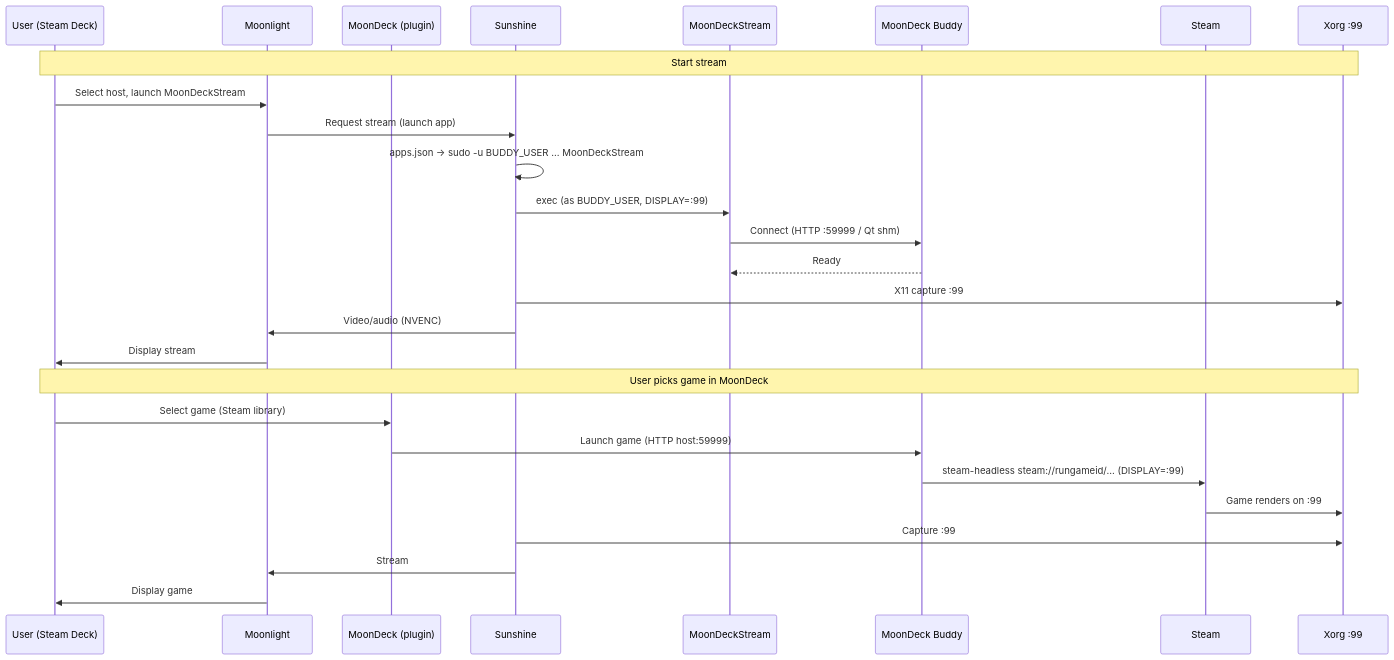
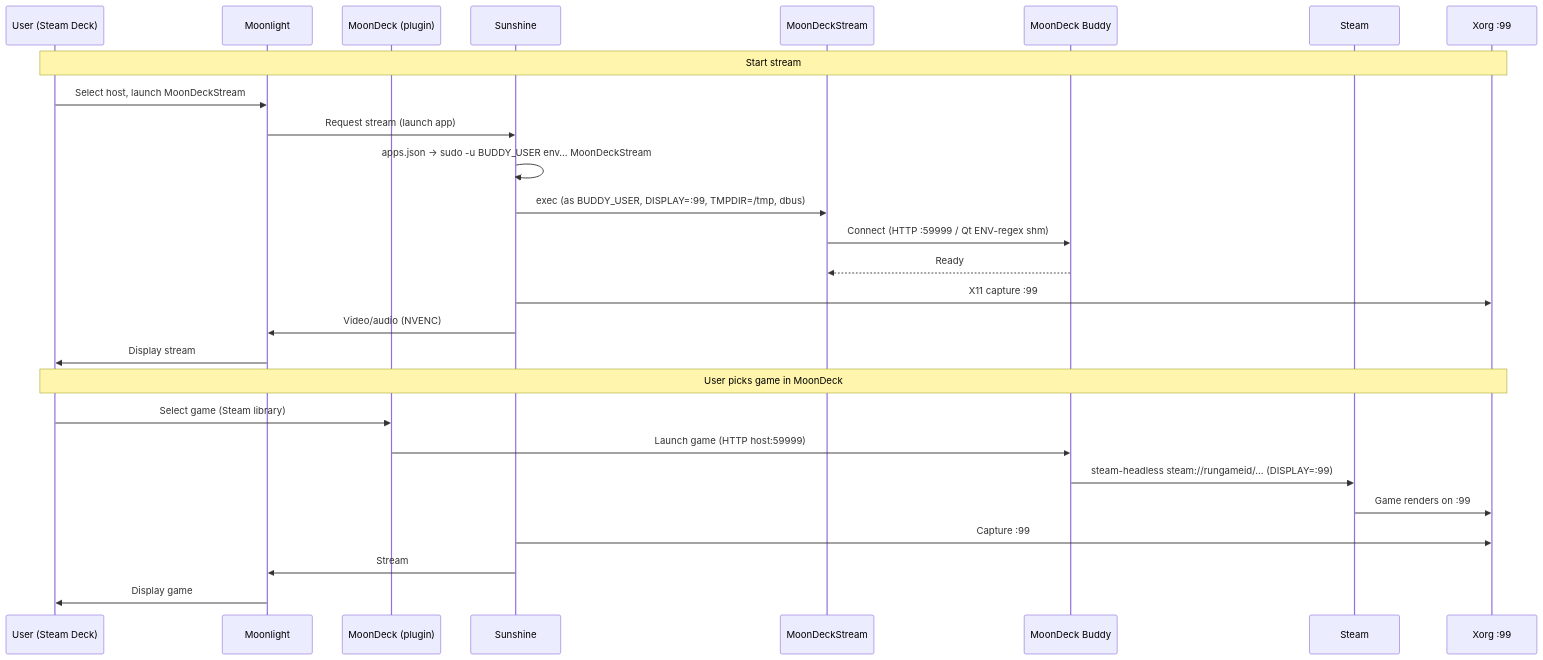
The second of 2 diagrams in README.md (BenStringer3/StreamDeck2), drawn with Mermaid before and after one commit. The commit also changed other lines of this file and 6 other files, not shown here.

````diff
--- a/README.md
+++ b/README.md
@@ -80,31 +90,31 @@
 ```mermaid
 sequenceDiagram
     participant User as User (Steam Deck)
     participant Moonlight as Moonlight
     participant MoonDeck as MoonDeck (plugin)
     participant Sunshine as Sunshine
     participant MDS as MoonDeckStream
     participant Buddy as MoonDeck Buddy
     participant Steam as Steam
     participant Xorg as Xorg :99
 
     Note over User,Xorg: Start stream
     User->>Moonlight: Select host, launch MoonDeckStream
     Moonlight->>Sunshine: Request stream (launch app)
-    Sunshine->>Sunshine: apps.json → sudo -u BUDDY_USER … MoonDeckStream
-    Sunshine->>MDS: exec (as BUDDY_USER, DISPLAY=:99)
-    MDS->>Buddy: Connect (HTTP :59999 / Qt shm)
+    Sunshine->>Sunshine: apps.json → sudo -u BUDDY_USER env… MoonDeckStream
+    Sunshine->>MDS: exec (as BUDDY_USER, DISPLAY=:99, TMPDIR=/tmp, dbus)
+    MDS->>Buddy: Connect (HTTP :59999 / Qt ENV-regex shm)
     Buddy-->>MDS: Ready
     Sunshine->>Xorg: X11 capture :99
     Sunshine->>Moonlight: Video/audio (NVENC)
     Moonlight->>User: Display stream
 
     Note over User,Xorg: User picks game in MoonDeck
     User->>MoonDeck: Select game (Steam library)
     MoonDeck->>Buddy: Launch game (HTTP host:59999)
     Buddy->>Steam: steam-headless steam://rungameid/… (DISPLAY=:99)
     Steam->>Xorg: Game renders on :99
     Sunshine->>Xorg: Capture :99
     Sunshine->>Moonlight: Stream
     Moonlight->>User: Display game
 ```
````
